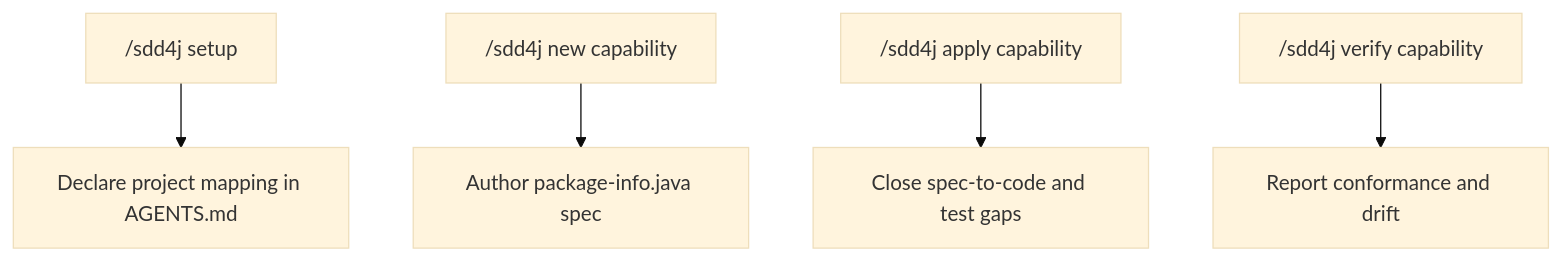
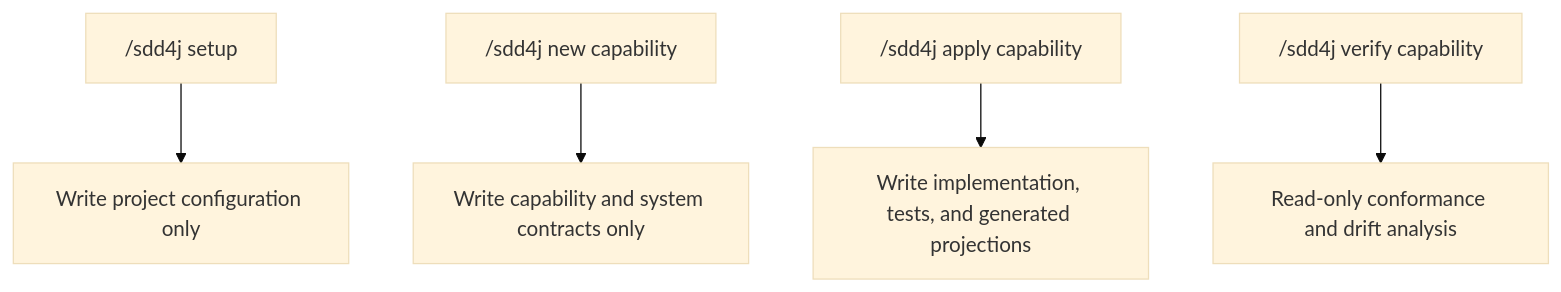
Before and after one commit to dearrudam/agent-skills-01: the second of 2 diagrams in skills/sdd4j/README.md, drawn with Mermaid (base theme). The commit also changed other lines of this file and 4 other files, not shown here.

Commit message:
docs(sdd4j): add reference templates for system docs, README projection, and capability specs

````diff
--- a/skills/sdd4j/README.md
+++ b/skills/sdd4j/README.md
@@ -23,7 +34,7 @@
 ```mermaid
 flowchart TD
-  A["/sdd4j setup"] --> B[Declare project mapping in AGENTS.md]
-  C["/sdd4j new capability"] --> D[Author package-info.java spec]
-  E["/sdd4j apply capability"] --> F[Close spec-to-code and test gaps]
-  G["/sdd4j verify capability"] --> H[Report conformance and drift]
+  A["/sdd4j setup"] --> B[Write project configuration only]
+  C["/sdd4j new capability"] --> D[Write capability and system contracts only]
+  E["/sdd4j apply capability"] --> F[Write implementation, tests, and generated projections]
+  G["/sdd4j verify capability"] --> H[Read-only conformance and drift analysis]
 ```
````
